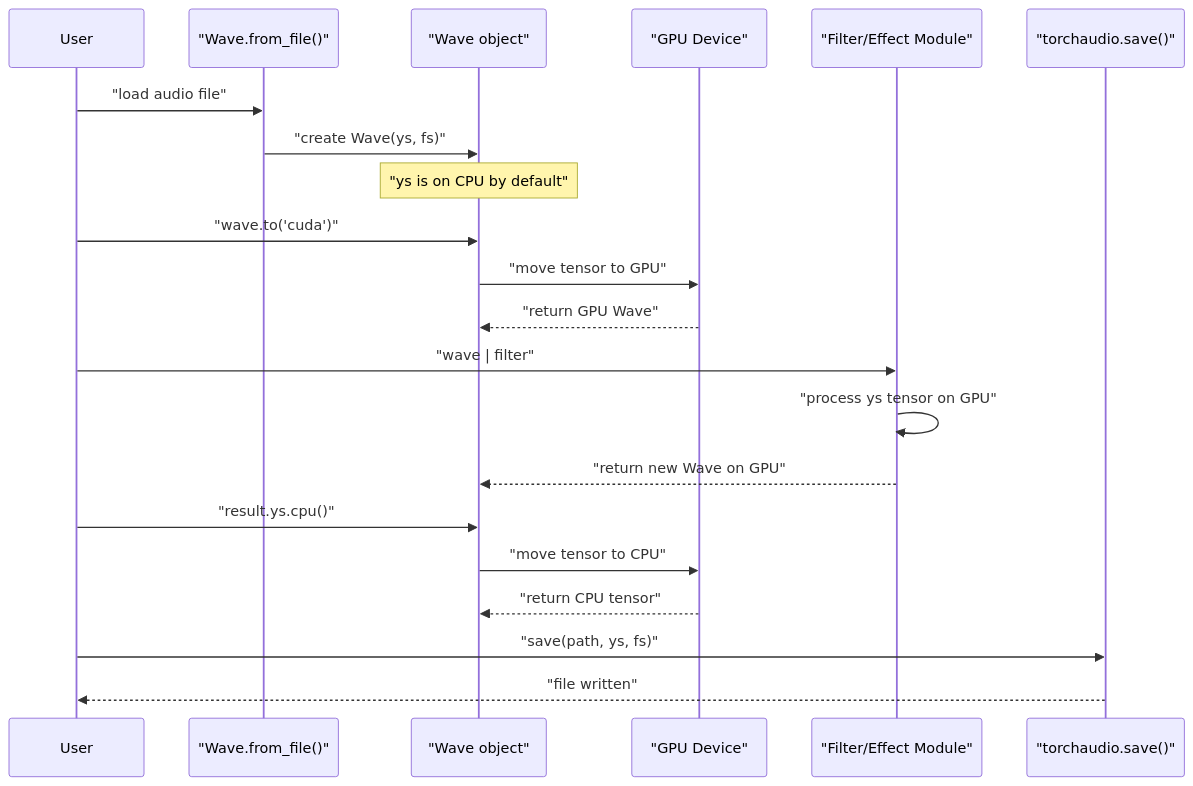
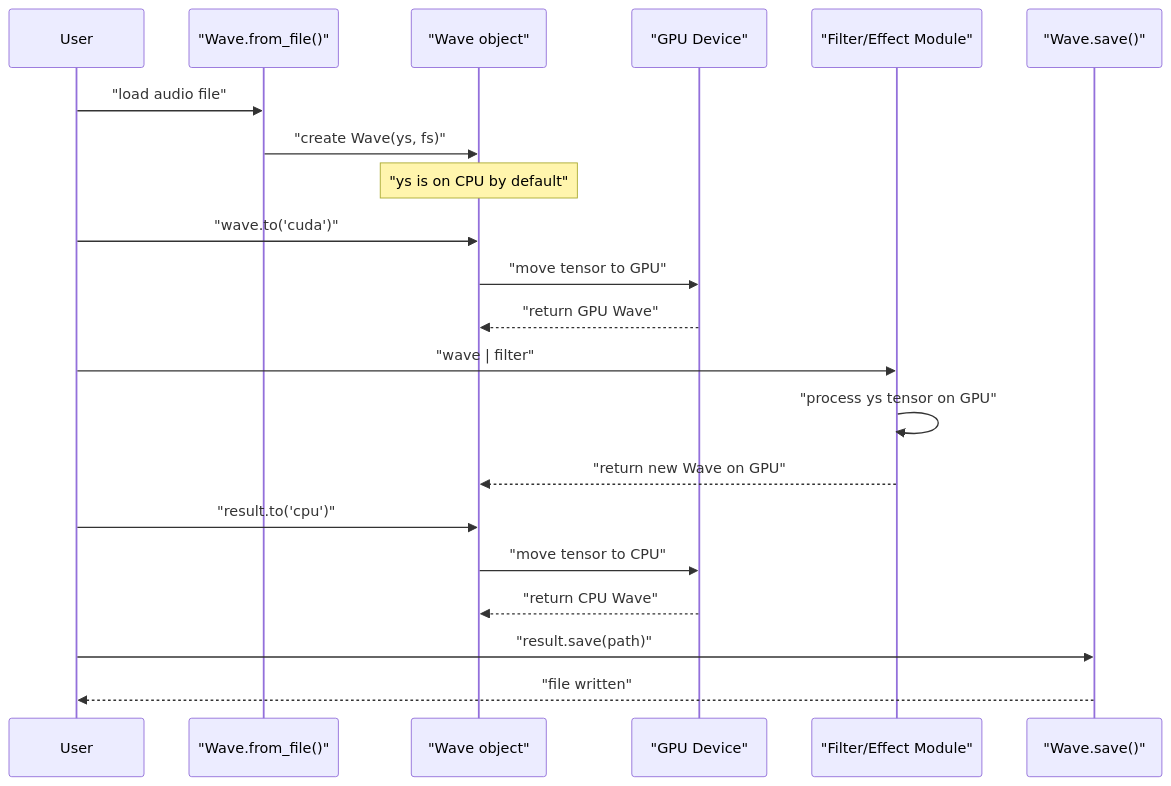
The second of 3 diagrams in docs/source/guides/getting-started/getting_started.md (matteospanio/torchfx), drawn with Mermaid before and after one commit. The commit also changed other lines of this file and 1 other file, not shown here.

````diff
--- a/docs/source/guides/getting-started/getting_started.md
+++ b/docs/source/guides/getting-started/getting_started.md
@@ -174,28 +195,28 @@
 ```{mermaid}
 sequenceDiagram
     participant User
     participant WaveFromFile as "Wave.from_file()"
     participant WaveObj as "Wave object"
     participant GPU as "GPU Device"
     participant Filter as "Filter/Effect Module"
-    participant TorchAudio as "torchaudio.save()"
+    participant WaveSave as "Wave.save()"
 
     User->>WaveFromFile: "load audio file"
     WaveFromFile->>WaveObj: "create Wave(ys, fs)"
     Note over WaveObj: "ys is on CPU by default"
 
     User->>WaveObj: "wave.to('cuda')"
     WaveObj->>GPU: "move tensor to GPU"
     GPU-->>WaveObj: "return GPU Wave"
 
     User->>Filter: "wave | filter"
     Filter->>Filter: "process ys tensor on GPU"
     Filter-->>WaveObj: "return new Wave on GPU"
 
-    User->>WaveObj: "result.ys.cpu()"
+    User->>WaveObj: "result.to('cpu')"
     WaveObj->>GPU: "move tensor to CPU"
-    GPU-->>WaveObj: "return CPU tensor"
+    GPU-->>WaveObj: "return CPU Wave"
 
-    User->>TorchAudio: "save(path, ys, fs)"
-    TorchAudio-->>User: "file written"
+    User->>WaveSave: "result.save(path)"
+    WaveSave-->>User: "file written"
 ```
````
